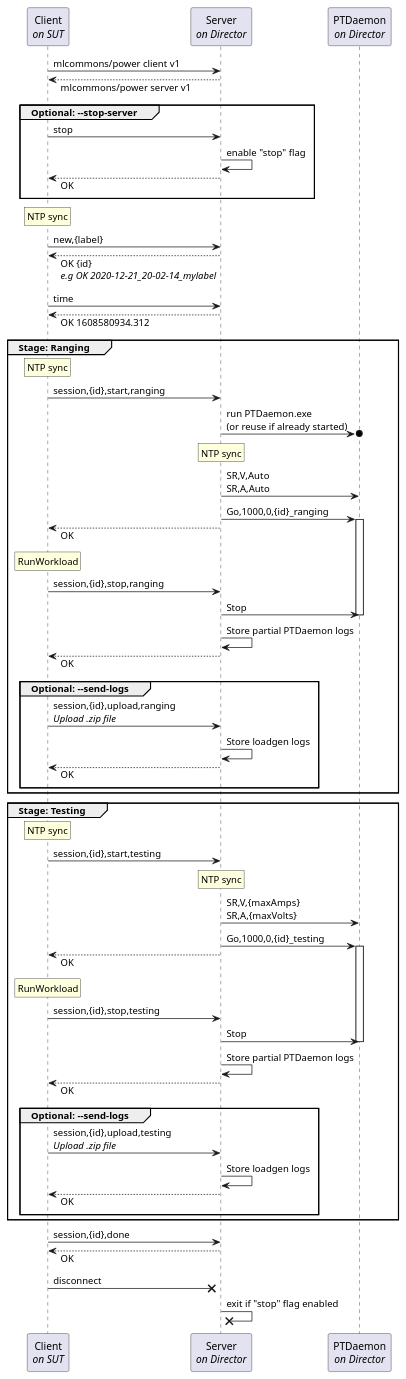
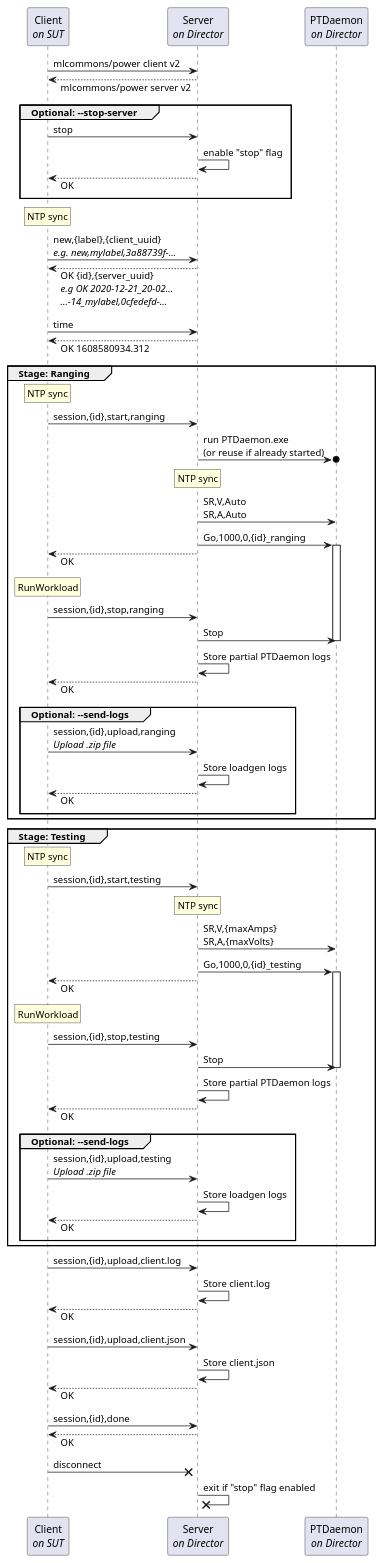
The diagram in ptd_client_server/doc/sequence.puml (mlcommons/power-dev), drawn with PlantUML before and after one commit. The commit also changed 2 other files, not shown here.

```diff
--- a/ptd_client_server/doc/sequence.puml
+++ b/ptd_client_server/doc/sequence.puml
@@ -4,100 +4,108 @@
 @startuml
 
 skinparam responseMessageBelowArrow true
 
 participant "Client\n//on SUT//" as Client
 participant "Server\n//on Director//" as Server
 participant "PTDaemon\n//on Director//" as PTDaemon
 
-Client -> Server: mlcommons/power client v1
-Client <-- Server: mlcommons/power server v1
+Client -> Server: mlcommons/power client v2
+Client <-- Server: mlcommons/power server v2
 
 group Optional: --stop-server
     Client -> Server: stop
     Server -> Server: enable "stop" flag
     Client <-- Server: OK
 end
 
 rnote over Client
     NTP sync
 endnote
 
-Client -> Server: new,{label}
-Client <-- Server: OK {id}\n//e.g OK 2020-12-21_20-02-14_mylabel//
+Client -> Server: new,{label},{client_uuid}\n//e.g. new,mylabel,3a88739f-…//
+Client <-- Server: OK {id},{server_uuid}\n//e.g OK 2020-12-21_20-02…// \n//…-14_mylabel,0cfedefd-…//
 
 Client -> Server: time
 Client <-- Server: OK 1608580934.312
 
 group Stage: Ranging
     rnote over Client
         NTP sync
     endnote
 
     Client -> Server: session,{id},start,ranging
     Server ->o PTDaemon: run PTDaemon.exe\n(or reuse if already started)
     rnote over Server
         NTP sync
     endnote
     Server -> PTDaemon: SR,V,Auto\nSR,A,Auto
     Server -> PTDaemon: Go,1000,0,{id}_ranging
     
     activate PTDaemon
     Client <-- Server: OK
     
     rnote over Client
         RunWorkload
     endnote
     
     Client -> Server: session,{id},stop,ranging
     Server -> PTDaemon: Stop
     deactivate PTDaemon
     Server -> Server: Store partial PTDaemon logs
     Client <-- Server: OK
     
     group Optional: --send-logs
         Client -> Server: session,{id},upload,ranging\n//Upload .zip file//
         Server -> Server: Store loadgen logs
         Client <-- Server: OK
     end
 end
 
 group Stage: Testing
     rnote over Client
         NTP sync
     endnote
 
     Client -> Server: session,{id},start,testing
     rnote over Server
         NTP sync
     endnote
     Server -> PTDaemon: SR,V,{maxAmps}\nSR,A,{maxVolts}
     Server -> PTDaemon: Go,1000,0,{id}_testing
     
     activate PTDaemon
     Client <-- Server: OK
     
     rnote over Client
         RunWorkload
     endnote
     
     Client -> Server: session,{id},stop,testing
     Server -> PTDaemon: Stop
     deactivate PTDaemon
     Server -> Server: Store partial PTDaemon logs
     Client <-- Server: OK
     
     group Optional: --send-logs
         Client -> Server: session,{id},upload,testing\n//Upload .zip file//
         Server -> Server: Store loadgen logs
         Client <-- Server: OK
     end
 end
 
+Client -> Server: session,{id},upload,client.log
+Server -> Server: Store client.log
+Client <-- Server: OK
+
+Client -> Server: session,{id},upload,client.json
+Server -> Server: Store client.json
+Client <-- Server: OK
+
 Client -> Server: session,{id},done
 Client <-- Server: OK
 
 Client ->x Server: disconnect
 
 Server ->x Server: exit if "stop" flag enabled
 
 @enduml
```
